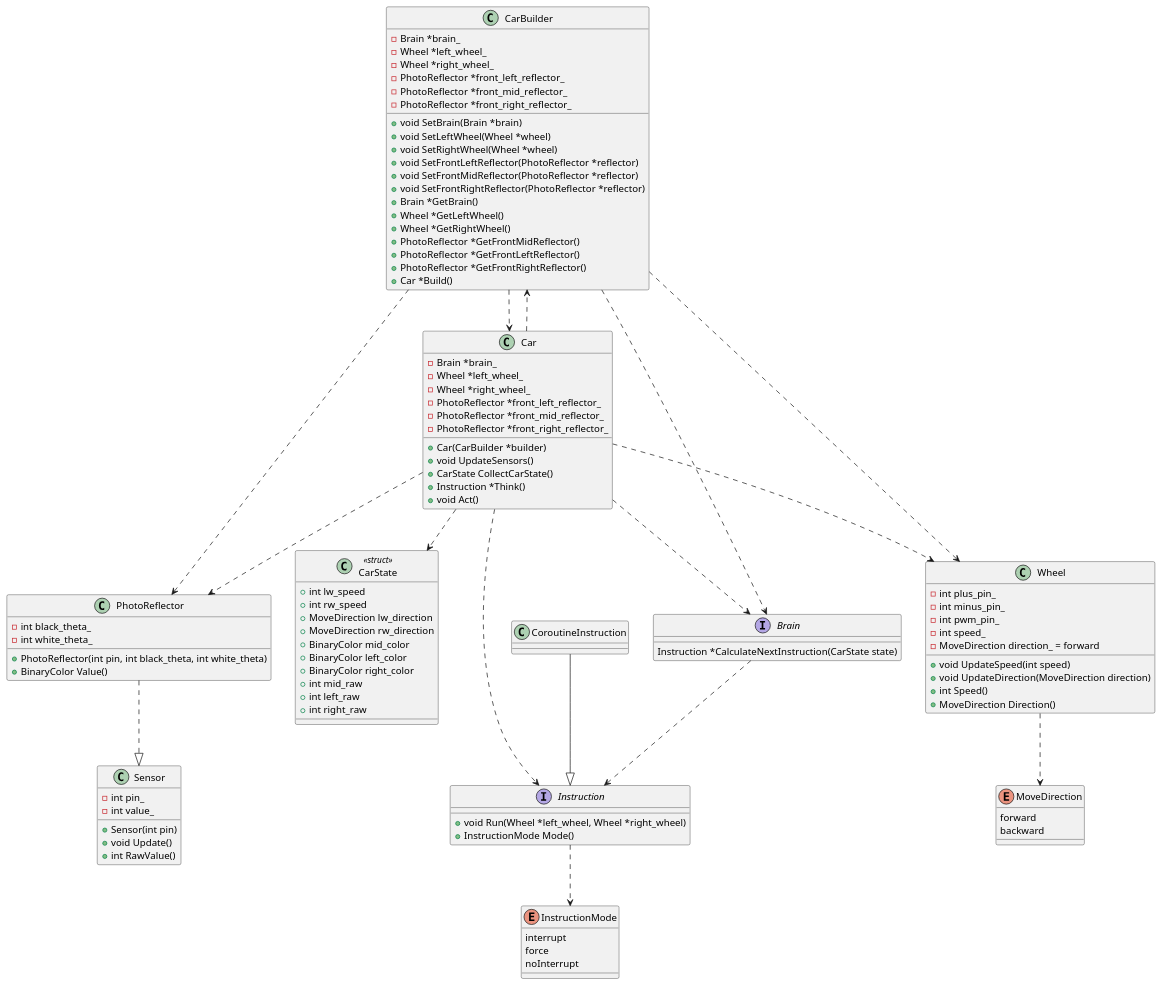
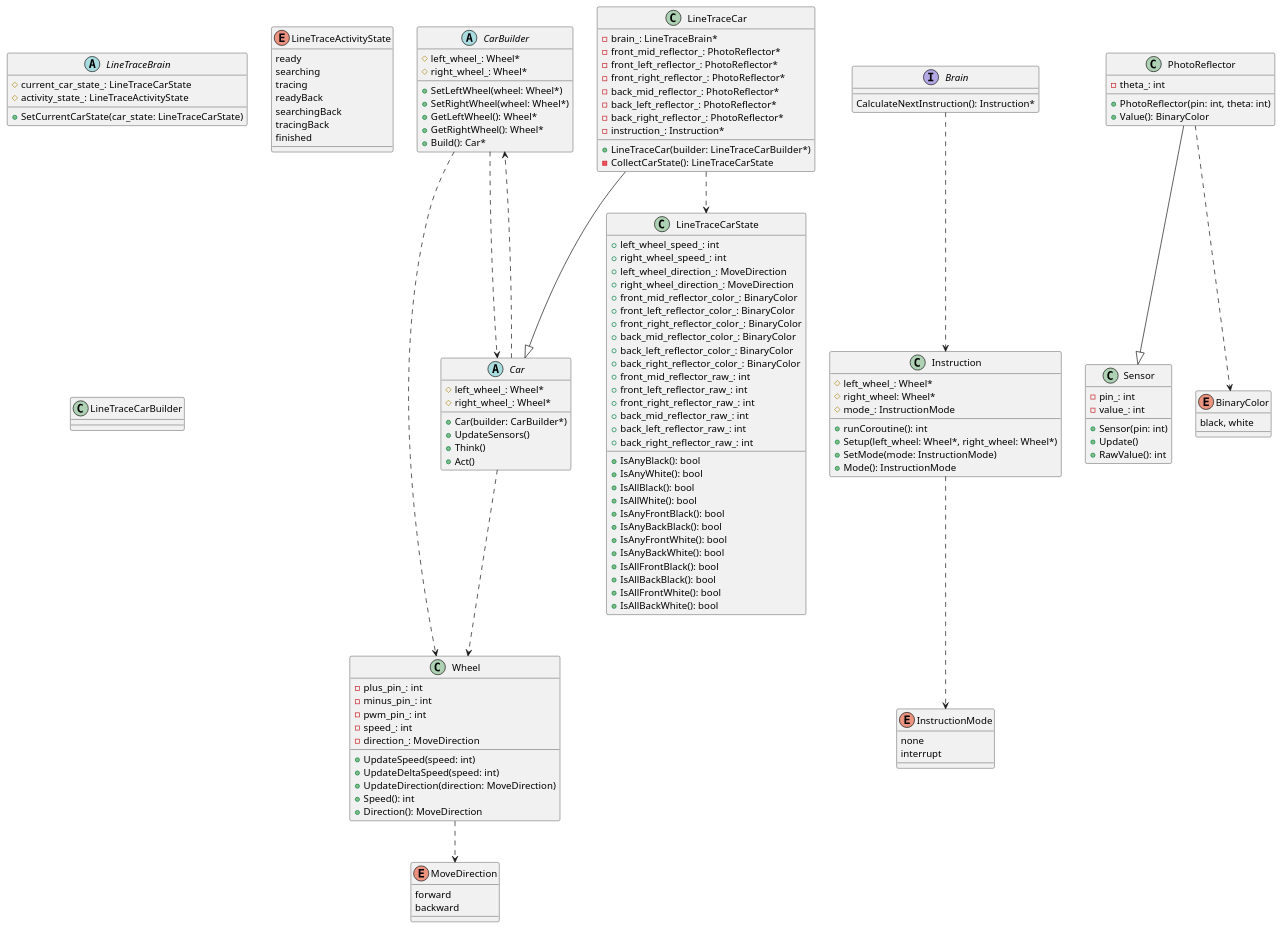
Before and after one commit to kitakkun/ArduinoCar: the diagram in uml/car_control.puml, drawn with PlantUML.

Commit message:
クラス図の更新（途中まで）

```diff
--- a/uml/car_control.puml
+++ b/uml/car_control.puml
@@ -1,126 +1,160 @@
 @startuml
 'https://plantuml.com/class-diagram
 
-class CarBuilder {
-+ void SetBrain(Brain *brain)
-+ void SetLeftWheel(Wheel *wheel)
-+ void SetRightWheel(Wheel *wheel)
-+ void SetFrontLeftReflector(PhotoReflector *reflector)
-+ void SetFrontMidReflector(PhotoReflector *reflector)
-+ void SetFrontRightReflector(PhotoReflector *reflector)
-+ Brain *GetBrain()
-+ Wheel *GetLeftWheel()
-+ Wheel *GetRightWheel()
-+ PhotoReflector *GetFrontMidReflector()
-+ PhotoReflector *GetFrontLeftReflector()
-+ PhotoReflector *GetFrontRightReflector()
-+ Car *Build()
-- Brain *brain_
-- Wheel *left_wheel_
-- Wheel *right_wheel_
-- PhotoReflector *front_left_reflector_
-- PhotoReflector *front_mid_reflector_
-- PhotoReflector *front_right_reflector_
+abstract class CarBuilder {
++ SetLeftWheel(wheel: Wheel*)
++ SetRightWheel(wheel: Wheel*)
++ GetLeftWheel(): Wheel*
++ GetRightWheel(): Wheel*
++ Build(): Car*
+# left_wheel_: Wheel*
+# right_wheel_: Wheel*
 }
 
 CarBuilder ..> Car
-CarBuilder ..> PhotoReflector
-CarBuilder ..> Brain
 CarBuilder ..> Wheel
 Car ..> CarBuilder
 
-class Car {
-- Brain *brain_
-- Wheel *left_wheel_
-- Wheel *right_wheel_
-- PhotoReflector *front_left_reflector_
-- PhotoReflector *front_mid_reflector_
-- PhotoReflector *front_right_reflector_
-+ Car(CarBuilder *builder)
-+ void UpdateSensors()
-+ CarState CollectCarState()
-+ Instruction *Think()
-+ void Act()
+abstract class Car {
+# left_wheel_: Wheel*
+# right_wheel_: Wheel*
++ Car(builder: CarBuilder*)
++ UpdateSensors()
++ Think()
++ Act()
 }
 
-class CarState <<struct>>  {
-+ int lw_speed
-+ int rw_speed
-+ MoveDirection lw_direction
-+ MoveDirection rw_direction
-+ BinaryColor mid_color
-+ BinaryColor left_color
-+ BinaryColor right_color
-+ int mid_raw
-+ int left_raw
-+ int right_raw
+class LineTraceCar {
+- brain_: LineTraceBrain*
+- front_mid_reflector_: PhotoReflector*
+- front_left_reflector_: PhotoReflector*
+- front_right_reflector_: PhotoReflector*
+- back_mid_reflector_: PhotoReflector*
+- back_left_reflector_: PhotoReflector*
+- back_right_reflector_: PhotoReflector*
+- instruction_: Instruction*
++ LineTraceCar(builder: LineTraceCarBuilder*)
+- CollectCarState(): LineTraceCarState
 }
 
-Car ..> CarState
-Car ..> Brain
+class LineTraceCarState {
++ left_wheel_speed_: int
++ right_wheel_speed_: int
++ left_wheel_direction_: MoveDirection
++ right_wheel_direction_: MoveDirection
++ front_mid_reflector_color_: BinaryColor
++ front_left_reflector_color_: BinaryColor
++ front_right_reflector_color_: BinaryColor
++ back_mid_reflector_color_: BinaryColor
++ back_left_reflector_color_: BinaryColor
++ back_right_reflector_color_: BinaryColor
++ front_mid_reflector_raw_: int
++ front_left_reflector_raw_: int
++ front_right_reflector_raw_: int
++ back_mid_reflector_raw_: int
++ back_left_reflector_raw_: int
++ back_right_reflector_raw_: int
++ IsAnyBlack(): bool
++ IsAnyWhite(): bool
++ IsAllBlack(): bool
++ IsAllWhite(): bool
++ IsAnyFrontBlack(): bool
++ IsAnyBackBlack(): bool
++ IsAnyFrontWhite(): bool
++ IsAnyBackWhite(): bool
++ IsAllFrontBlack(): bool
++ IsAllBackBlack(): bool
++ IsAllFrontWhite(): bool
++ IsAllBackWhite(): bool
+}
+
+abstract class LineTraceBrain {
++ SetCurrentCarState(car_state: LineTraceCarState)
+# current_car_state_: LineTraceCarState
+# activity_state_: LineTraceActivityState
+}
+
+enum LineTraceActivityState {
+    ready
+    searching
+    tracing
+    readyBack
+    searchingBack
+    tracingBack
+    finished
+}
+
+class LineTraceCarBuilder {
+}
+
+LineTraceCar --|> Car
+LineTraceCar ..> LineTraceCarState
+
 Car ..> Wheel
-Car ..> PhotoReflector
 
 interface Brain {
-Instruction *CalculateNextInstruction(CarState state)
+CalculateNextInstruction(): Instruction*
 }
 
 Brain ..> Instruction
-Car ..> Instruction
 
-interface Instruction {
-+ void Run(Wheel *left_wheel, Wheel *right_wheel)
-+ InstructionMode Mode()
+class Instruction {
++ runCoroutine(): int
++ Setup(left_wheel: Wheel*, right_wheel: Wheel*)
++ SetMode(mode: InstructionMode)
++ Mode(): InstructionMode
+# left_wheel_: Wheel*
+# right_wheel: Wheel*
+# mode_: InstructionMode
 }
 
 Instruction ..> InstructionMode
 
 enum InstructionMode {
+    none
     interrupt
-    force
-    noInterrupt
 }
 
-class CoroutineInstruction {
-}
-
-CoroutineInstruction --|> Instruction
-
 class Wheel {
-- int plus_pin_
-- int minus_pin_
-- int pwm_pin_
-- int speed_
-- MoveDirection direction_ = forward
-+ void UpdateSpeed(int speed)
-+ void UpdateDirection(MoveDirection direction)
-+ int Speed()
-+ MoveDirection Direction()
+- plus_pin_: int
+- minus_pin_: int
+- pwm_pin_: int
+- speed_: int
+- direction_: MoveDirection
++ UpdateSpeed(speed: int)
++ UpdateDeltaSpeed(speed: int)
++ UpdateDirection(direction: MoveDirection)
++ Speed(): int
++ Direction(): MoveDirection
 }
 
 Wheel ..> MoveDirection
 
 enum MoveDirection {
     forward
     backward
 }
 
 class Sensor {
-- int pin_
-- int value_
-+ Sensor(int pin)
-+ void Update()
-+ int RawValue()
+- pin_: int
+- value_: int
++ Sensor(pin: int)
++ Update()
++ RawValue(): int
 }
 
 class PhotoReflector {
-- int black_theta_
-- int white_theta_
-+ PhotoReflector(int pin, int black_theta, int white_theta)
-+ BinaryColor Value()
+- theta_: int
++ PhotoReflector(pin: int, theta: int)
++ Value(): BinaryColor
+}
+
+enum BinaryColor {
+    black, white
 }
 
 
-PhotoReflector ..|> Sensor
+PhotoReflector --|> Sensor
+PhotoReflector ..> BinaryColor
 
 @enduml
```
